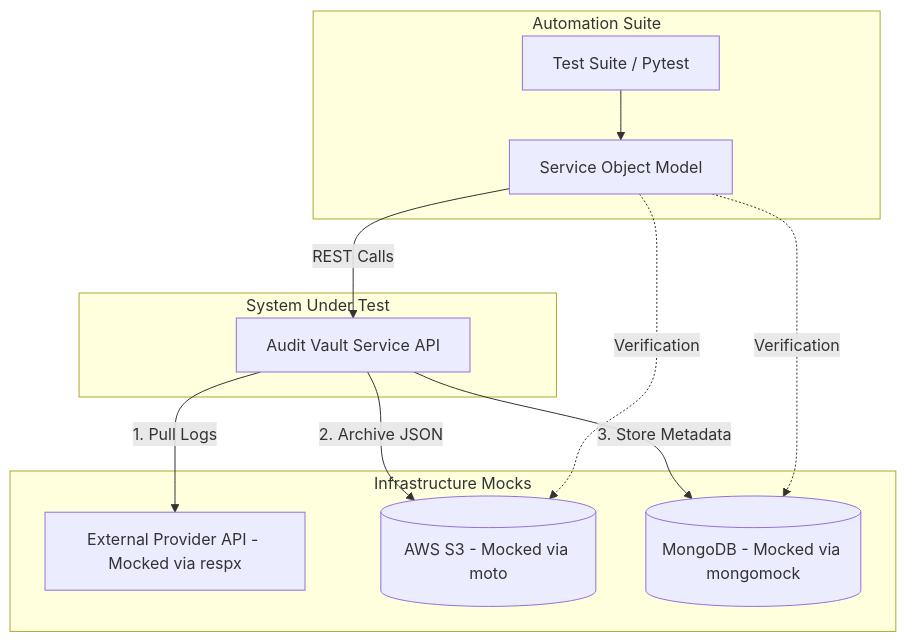
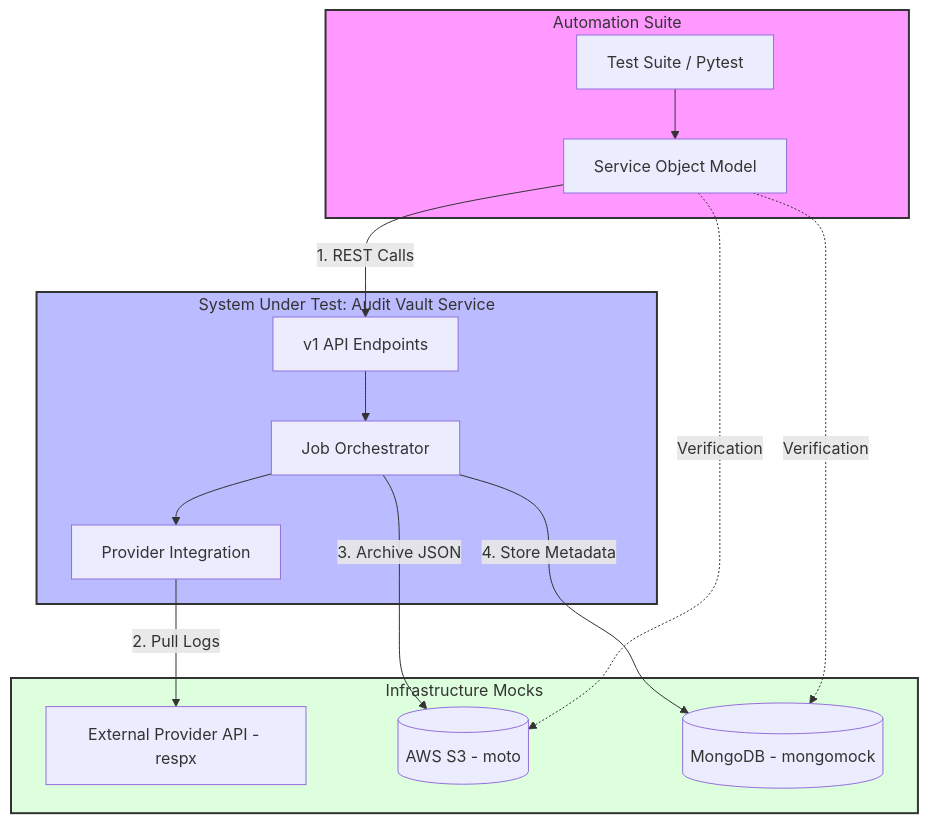
Before and after one commit to erezn5/automation-lead-ha: the diagram in README.md, drawn with Mermaid. The commit also changed other lines of this file, not shown here.

````diff
--- a/README.md
+++ b/README.md
@@ -71,28 +72,40 @@
 ```mermaid
 graph TD
     subgraph Automation_Framework [Automation Suite]
         TS[Test Suite / Pytest]
         SOM[Service Object Model]
     end
 
-    subgraph SUT_Layer [System Under Test]
-        SUT[Audit Vault Service API]
+    subgraph SUT_Layer [System Under Test: Audit Vault Service]
+        API[v1 API Endpoints]
+        ORCH[Job Orchestrator]
+        INTEG[Provider Integration]
     end
 
     subgraph Mocked_Infrastructure [Infrastructure Mocks]
-        EXT_API[External Provider API - Mocked via respx]
-        S3[(AWS S3 - Mocked via moto)]
-        DB[(MongoDB - Mocked via mongomock)]
+        EXT_API[External Provider API - respx]
+        S3[(AWS S3 - moto)]
+        DB[(MongoDB - mongomock)]
     end
 
+    %% Flow
     TS --> SOM
-    SOM -- REST Calls --> SUT
+    SOM -- "1. REST Calls" --> API
     
-    SUT -- 1. Pull Logs --> EXT_API
-    SUT -- 2. Archive JSON --> S3
-    SUT -- 3. Store Metadata --> DB
+    API --> ORCH
+    ORCH --> INTEG
     
+    INTEG -- "2. Pull Logs" --> EXT_API
+    ORCH -- "3. Archive JSON" --> S3
+    ORCH -- "4. Store Metadata" --> DB
+    
+    %% Verification Paths
     SOM -.->|Verification| S3
     SOM -.->|Verification| DB
+    
+    %% Styling
+    style Automation_Framework fill:#f9f,stroke:#333,stroke-width:2px
+    style SUT_Layer fill:#bbf,stroke:#333,stroke-width:2px
+    style Mocked_Infrastructure fill:#dfd,stroke:#333,stroke-width:2px
 
 ```
````
